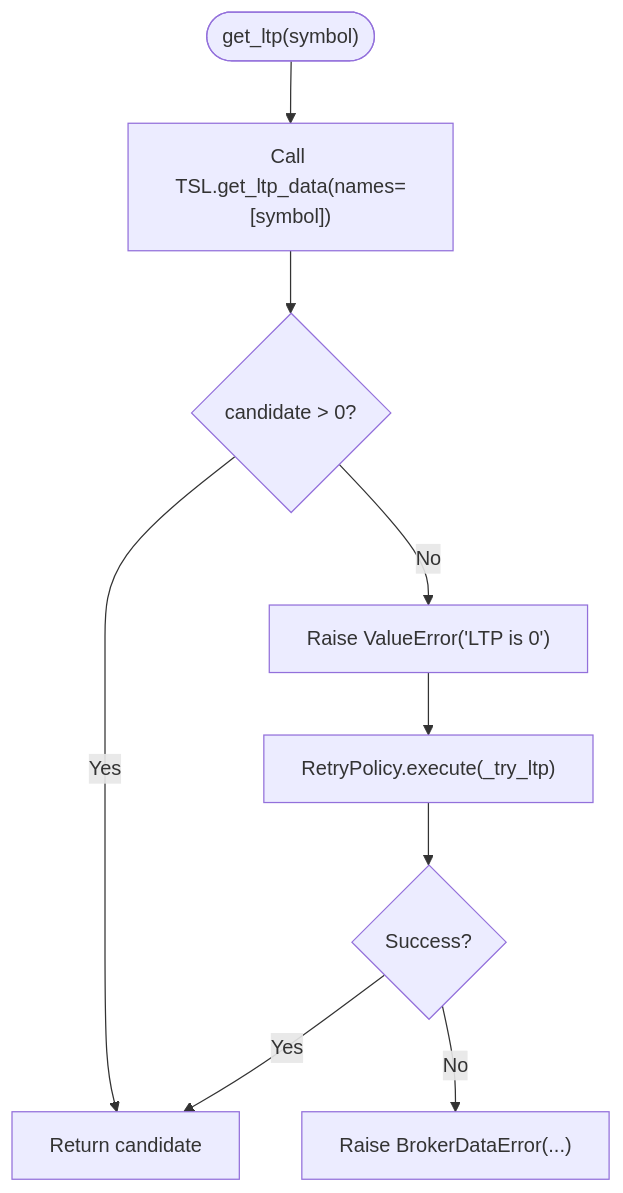
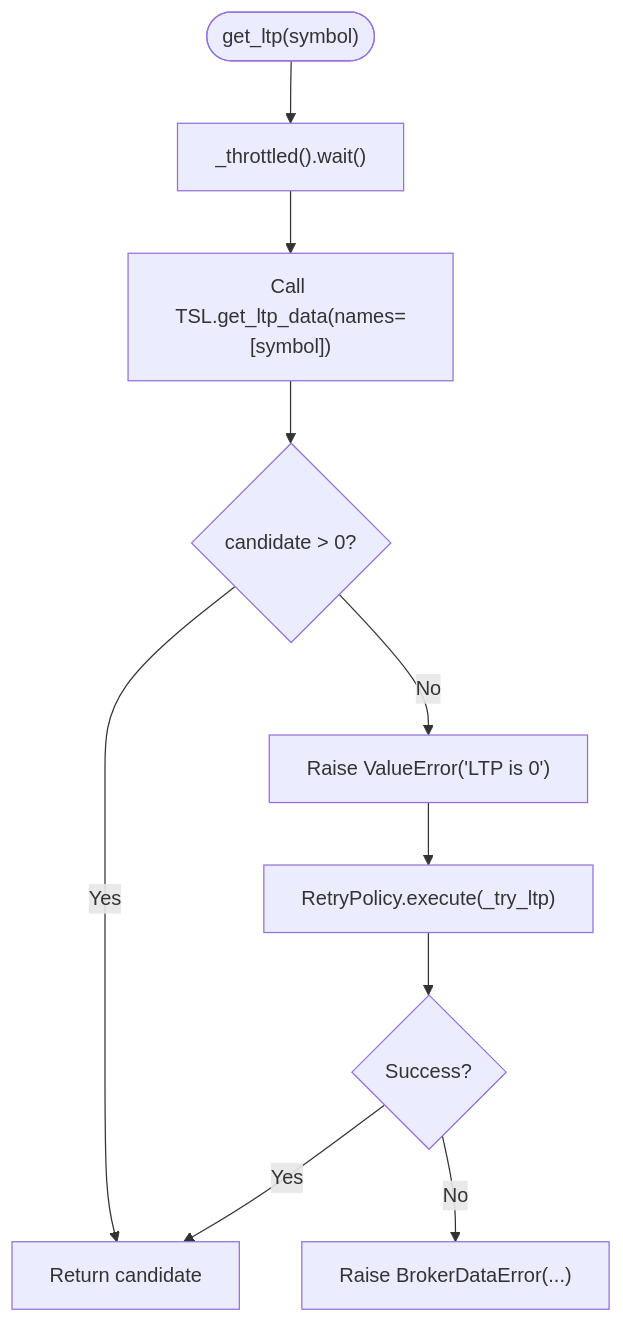
The fourth of 11 diagrams in .qoder/repowiki/en/content/Broker Integration/Transport Layer & Connectivity.md (Ganesh-Kusundal/nTrade), drawn with Mermaid before and after one commit. The commit also changed other lines of this file and 331 other files, not shown here.

````diff
--- a/.qoder/repowiki/en/content/Broker Integration/Transport Layer & Connectivity.md
+++ b/.qoder/repowiki/en/content/Broker Integration/Transport Layer & Connectivity.md
@@ -270,11 +296,12 @@
 ```mermaid
 flowchart TD
-Start(["get_ltp(symbol)"]) --> TryCall["Call TSL.get_ltp_data(names=[symbol])"]
+Start(["get_ltp(symbol)"]) --> Throttle["_throttled().wait()"]
+Throttle --> TryCall["Call TSL.get_ltp_data(names=[symbol])"]
 TryCall --> Candidate{"candidate > 0?"}
 Candidate --> |Yes| ReturnLTP["Return candidate"]
 Candidate --> |No| RaiseErr["Raise ValueError('LTP is 0')"]
 RaiseErr --> Retry["RetryPolicy.execute(_try_ltp)"]
 Retry --> Success{"Success?"}
 Success --> |Yes| ReturnLTP
 Success --> |No| BrokerErr["Raise BrokerDataError(...)"]
 ```
````
